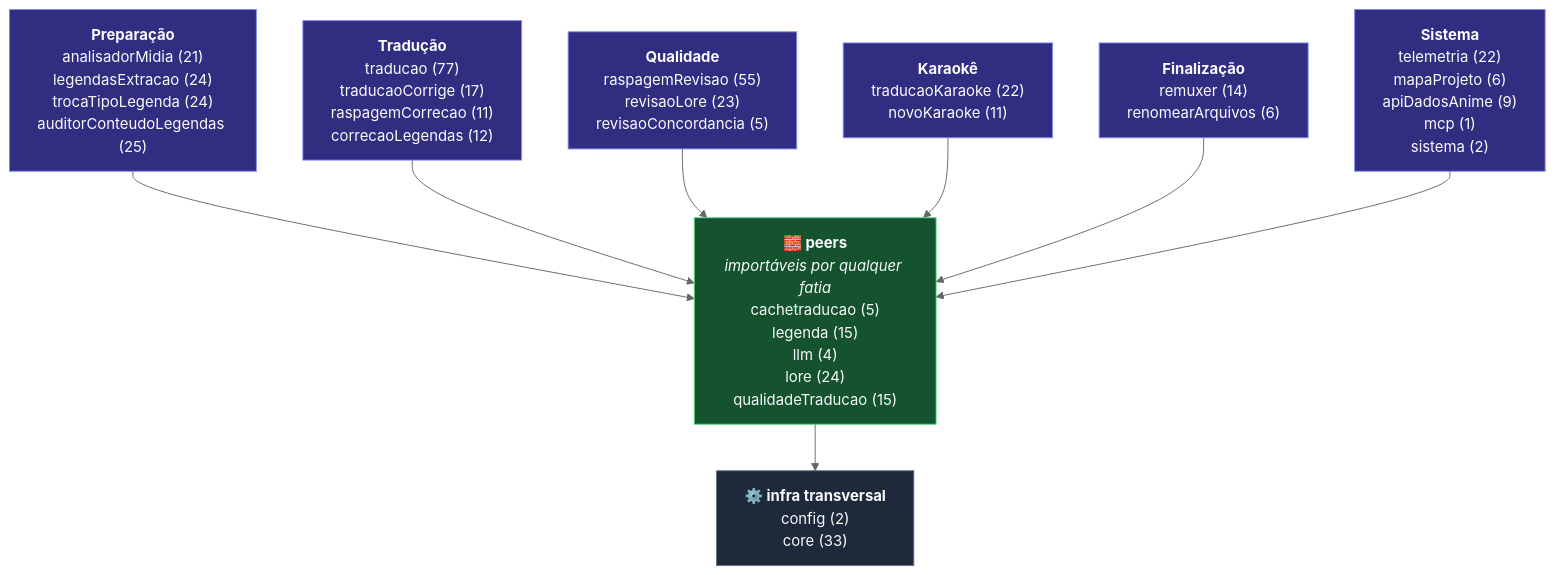
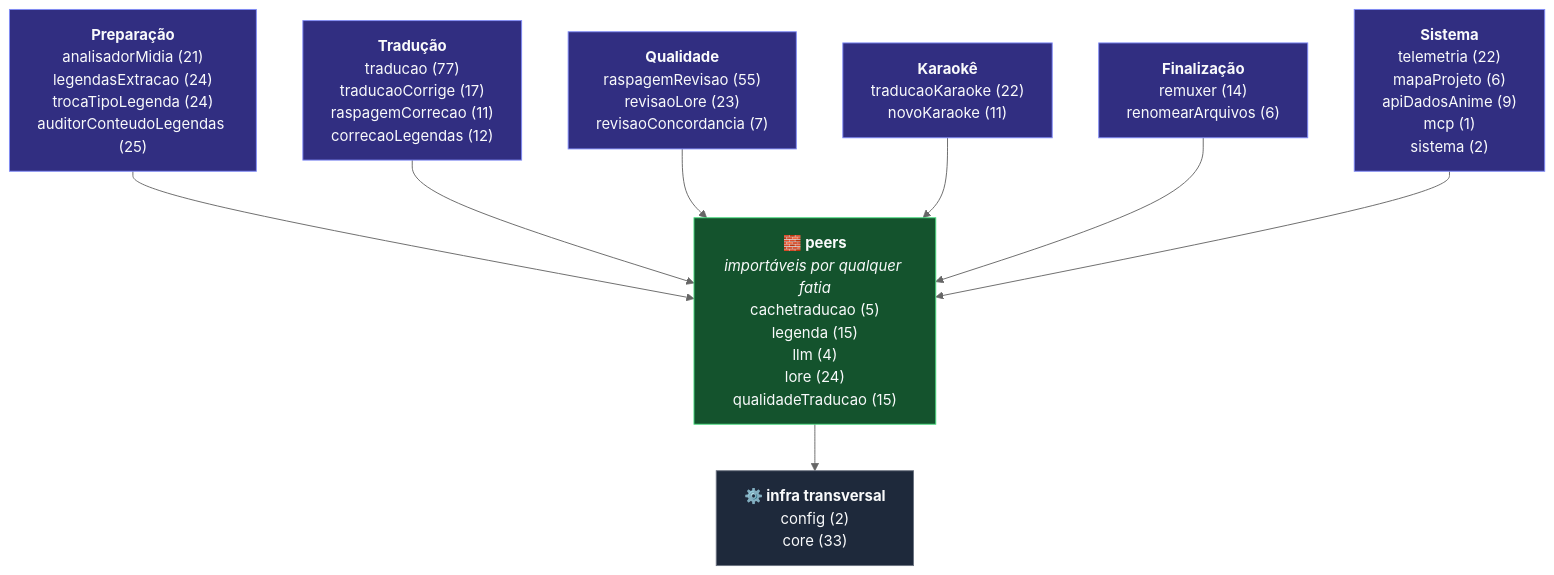
Before and after one commit to carmipa/traducao_animes_llm_local_quarkus-1: the diagram in docs/ref-esqueleto-projeto.md, drawn with Mermaid (neutral theme). The commit also changed other lines of this file and 7 other files, not shown here.

````diff
--- a/docs/ref-esqueleto-projeto.md
+++ b/docs/ref-esqueleto-projeto.md
@@ -36,21 +36,21 @@
 ```mermaid
 graph TB
     G0["<b>Preparação</b><br/>analisadorMidia (21)<br/>legendasExtracao (24)<br/>trocaTipoLegenda (24)<br/>auditorConteudoLegendas (25)"]:::fatia
     G1["<b>Tradução</b><br/>traducao (77)<br/>traducaoCorrige (17)<br/>raspagemCorrecao (11)<br/>correcaoLegendas (12)"]:::fatia
-    G2["<b>Qualidade</b><br/>raspagemRevisao (55)<br/>revisaoLore (23)<br/>revisaoConcordancia (5)"]:::fatia
+    G2["<b>Qualidade</b><br/>raspagemRevisao (55)<br/>revisaoLore (23)<br/>revisaoConcordancia (7)"]:::fatia
     G3["<b>Karaokê</b><br/>traducaoKaraoke (22)<br/>novoKaraoke (11)"]:::fatia
     G4["<b>Finalização</b><br/>remuxer (14)<br/>renomearArquivos (6)"]:::fatia
     G5["<b>Sistema</b><br/>telemetria (22)<br/>mapaProjeto (6)<br/>apiDadosAnime (9)<br/>mcp (1)<br/>sistema (2)"]:::fatia
     PEERS["<b>🧱 peers</b><br/><i>importáveis por qualquer fatia</i><br/>cachetraducao (5)<br/>legenda (15)<br/>llm (4)<br/>lore (24)<br/>qualidadeTraducao (15)"]:::peer
     BASE["<b>⚙️ infra transversal</b><br/>config (2)<br/>core (33)"]:::base
     G0 --> PEERS
     G1 --> PEERS
     G2 --> PEERS
     G3 --> PEERS
     G4 --> PEERS
     G5 --> PEERS
     PEERS --> BASE
     classDef fatia fill:#312e81,stroke:#818CF8,color:#F9FAFB
     classDef peer fill:#14532d,stroke:#4ADE80,color:#F9FAFB
     classDef base fill:#1e293b,stroke:#6B7280,color:#F9FAFB
 ```
````
